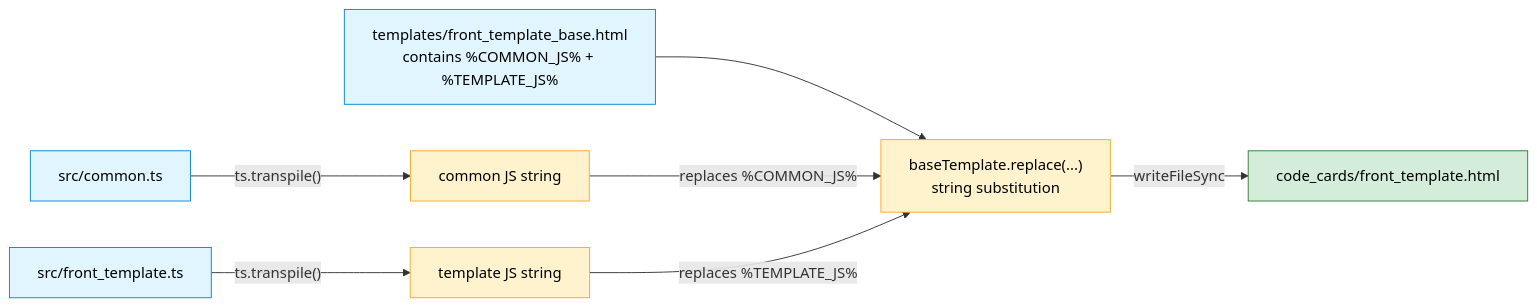
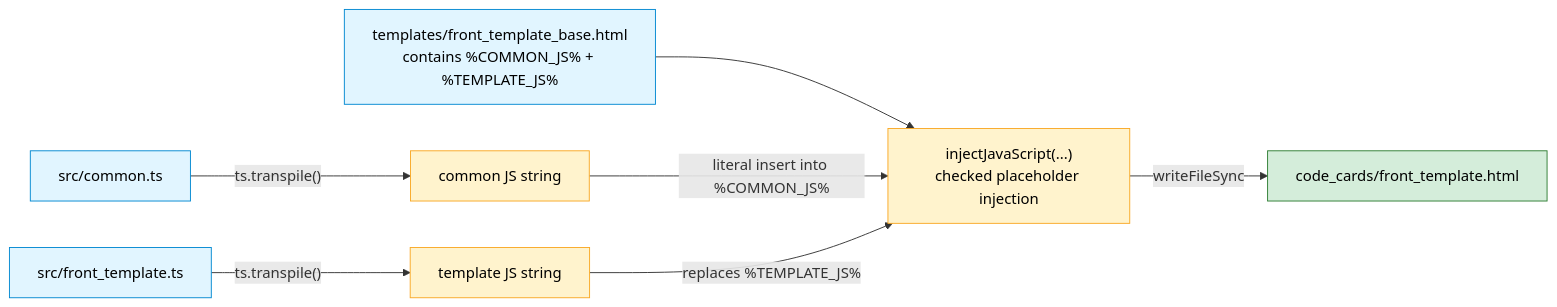
One commit to muhsinali/anki_templates changed the second of 2 diagrams in documentation/architecture-diagrams/02-build-pipeline.md. Above: the diagram before and after it, drawn with Mermaid. The commit also changed other lines of this file and 16 other files, not shown here.

````diff
--- a/documentation/architecture-diagrams/02-build-pipeline.md
+++ b/documentation/architecture-diagrams/02-build-pipeline.md
@@ -34,17 +34,17 @@
 ```mermaid
 flowchart LR
     COMMON["src/common.ts"] -->|"ts.transpile()"| JS1["common JS string"]
     SPECIFIC["src/front_template.ts"] -->|"ts.transpile()"| JS2["template JS string"]
     BASE["templates/front_template_base.html<br/>contains %COMMON_JS% + %TEMPLATE_JS%"] --> R
 
-    JS1 -->|"replaces %COMMON_JS%"| R["baseTemplate.replace(...)<br/>string substitution"]
+    JS1 -->|"literal insert into %COMMON_JS%"| R["injectJavaScript(...)<br/>checked placeholder injection"]
     JS2 -->|"replaces %TEMPLATE_JS%"| R
     R -->|"writeFileSync"| OUT["code_cards/front_template.html"]
 
     classDef in fill:#e1f5ff,stroke:#0288d1,color:#000;
     classDef mid fill:#fff3cd,stroke:#f9a825,color:#000;
     classDef out fill:#d4edda,stroke:#2e7d32,color:#000;
     class COMMON,SPECIFIC,BASE in;
     class JS1,JS2,R mid;
     class OUT out;
 ```
````
